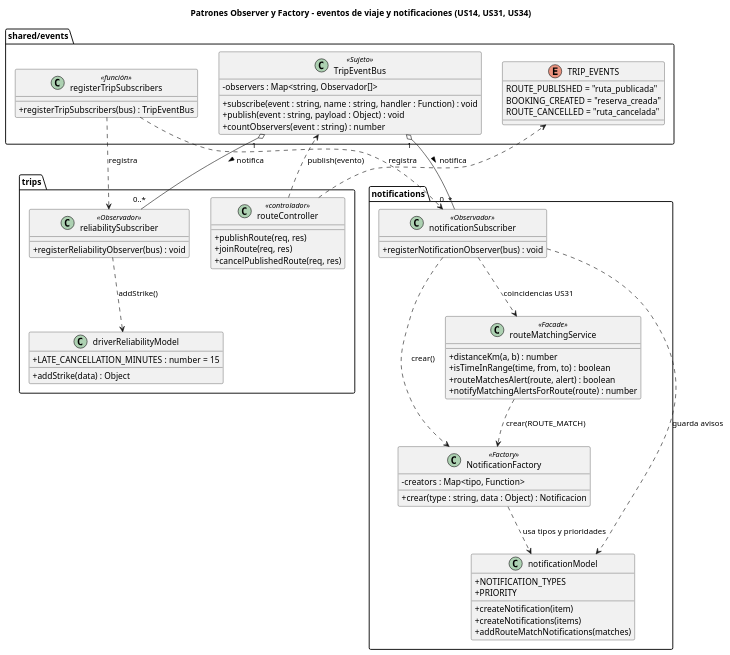
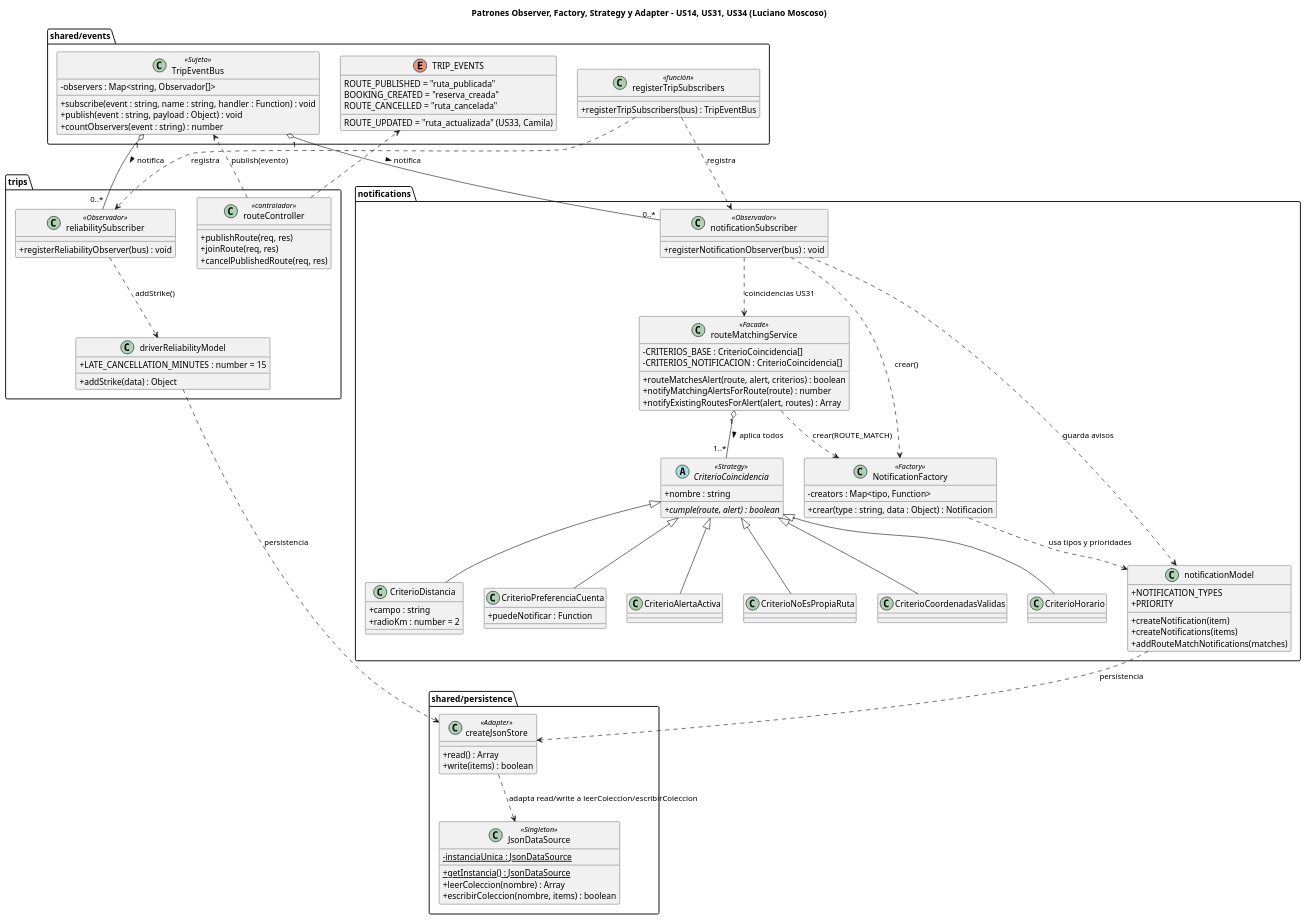
The diagram in diagramas/clases_patrones_notificaciones.puml (Edupc2510/Proyecto-de-Ing-de-Software-II), drawn with PlantUML before and after one commit.

Commit message:
docs: agregar Strategy y Adapter al diagrama de clases

```diff
--- a/diagramas/clases_patrones_notificaciones.puml
+++ b/diagramas/clases_patrones_notificaciones.puml
@@ -1,73 +1,113 @@
 @startuml
 skinparam backgroundcolor #FFFFFF
 skinparam classAttributeIconSize 0
-title Patrones Observer y Factory - eventos de viaje y notificaciones (US14, US31, US34)
+title Patrones Observer, Factory, Strategy y Adapter - US14, US31, US34 (Luciano Moscoso)
 
 package "shared/events" {
   class TripEventBus <<Sujeto>> {
     - observers : Map<string, Observador[]>
     + subscribe(event : string, name : string, handler : Function) : void
     + publish(event : string, payload : Object) : void
     + countObservers(event : string) : number
   }
   enum TRIP_EVENTS {
     ROUTE_PUBLISHED = "ruta_publicada"
     BOOKING_CREATED = "reserva_creada"
     ROUTE_CANCELLED = "ruta_cancelada"
+    ROUTE_UPDATED = "ruta_actualizada" (US33, Camila)
   }
   class registerTripSubscribers <<función>> {
     + registerTripSubscribers(bus) : TripEventBus
+  }
+}
+
+package "shared/persistence" {
+  class JsonDataSource <<Singleton>> {
+    - {static} instanciaUnica : JsonDataSource
+    + {static} getInstancia() : JsonDataSource
+    + leerColeccion(nombre) : Array
+    + escribirColeccion(nombre, items) : boolean
+  }
+  class createJsonStore <<Adapter>> {
+    + read() : Array
+    + write(items) : boolean
   }
 }
 
 package "trips" {
   class routeController <<controlador>> {
     + publishRoute(req, res)
     + joinRoute(req, res)
     + cancelPublishedRoute(req, res)
   }
   class reliabilitySubscriber <<Observador>> {
     + registerReliabilityObserver(bus) : void
   }
   class driverReliabilityModel {
     + LATE_CANCELLATION_MINUTES : number = 15
     + addStrike(data) : Object
   }
 }
 
 package "notifications" {
   class notificationSubscriber <<Observador>> {
     + registerNotificationObserver(bus) : void
   }
   class NotificationFactory <<Factory>> {
     - creators : Map<tipo, Function>
     + crear(type : string, data : Object) : Notificacion
   }
   class routeMatchingService <<Facade>> {
-    + distanceKm(a, b) : number
-    + isTimeInRange(time, from, to) : boolean
-    + routeMatchesAlert(route, alert) : boolean
+    - CRITERIOS_BASE : CriterioCoincidencia[]
+    - CRITERIOS_NOTIFICACION : CriterioCoincidencia[]
+    + routeMatchesAlert(route, alert, criterios) : boolean
     + notifyMatchingAlertsForRoute(route) : number
+    + notifyExistingRoutesForAlert(alert, routes) : Array
+  }
+  abstract class CriterioCoincidencia <<Strategy>> {
+    + nombre : string
+    + {abstract} cumple(route, alert) : boolean
+  }
+  class CriterioAlertaActiva
+  class CriterioNoEsPropiaRuta
+  class CriterioCoordenadasValidas
+  class CriterioDistancia {
+    + campo : string
+    + radioKm : number = 2
+  }
+  class CriterioHorario
+  class CriterioPreferenciaCuenta {
+    + puedeNotificar : Function
   }
   class notificationModel {
     + NOTIFICATION_TYPES
     + PRIORITY
     + createNotification(item)
     + createNotifications(items)
     + addRouteMatchNotifications(matches)
   }
 }
 
 routeController ..> TripEventBus : publish(evento)
 routeController ..> TRIP_EVENTS
 TripEventBus "1" o-- "0..*" notificationSubscriber : notifica >
 TripEventBus "1" o-- "0..*" reliabilitySubscriber : notifica >
 registerTripSubscribers ..> notificationSubscriber : registra
 registerTripSubscribers ..> reliabilitySubscriber : registra
 notificationSubscriber ..> NotificationFactory : crear()
 notificationSubscriber ..> notificationModel : guarda avisos
 notificationSubscriber ..> routeMatchingService : coincidencias US31
 routeMatchingService ..> NotificationFactory : crear(ROUTE_MATCH)
 reliabilitySubscriber ..> driverReliabilityModel : addStrike()
 NotificationFactory ..> notificationModel : usa tipos y prioridades
+routeMatchingService "1" o-- "1..*" CriterioCoincidencia : aplica todos >
+CriterioCoincidencia <|-- CriterioAlertaActiva
+CriterioCoincidencia <|-- CriterioNoEsPropiaRuta
+CriterioCoincidencia <|-- CriterioCoordenadasValidas
+CriterioCoincidencia <|-- CriterioDistancia
+CriterioCoincidencia <|-- CriterioHorario
+CriterioCoincidencia <|-- CriterioPreferenciaCuenta
+createJsonStore ..> JsonDataSource : adapta read/write a leerColeccion/escribirColeccion
+notificationModel ..> createJsonStore : persistencia
+driverReliabilityModel ..> createJsonStore : persistencia
 @enduml
```
